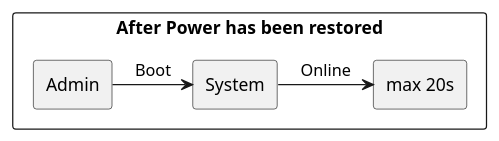
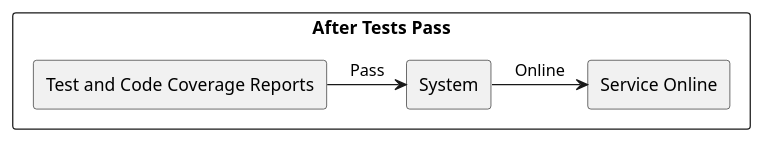
The third of 11 diagrams in src/sa/model/index.md (USI-MSDE-SA-2023/sa--edoriggio), drawn with PlantUML before and after one commit. The commit also changed other lines of this file, not shown here.

````diff
--- a/src/sa/model/index.md
+++ b/src/sa/model/index.md
@@ -138,20 +166,20 @@
 ```puml
 @startuml
 
 skinparam componentStyle rectangle
 skinparam monochrome true
 skinparam shadowing false
 
-rectangle "After Power has been restored" {
+rectangle "After Tests Pass" {
 
-rectangle "Admin" as Source
-rectangle "max 20s" as Measure
+rectangle "Test and Code Coverage Reports" as Source
+rectangle "Service Online" as Measure
 
-Source -> [System] : "Boot"
+Source -> [System] : "Pass"
 
 [System] -> [Measure] : "Online"
 
 }
 
 @enduml
 ```
````
